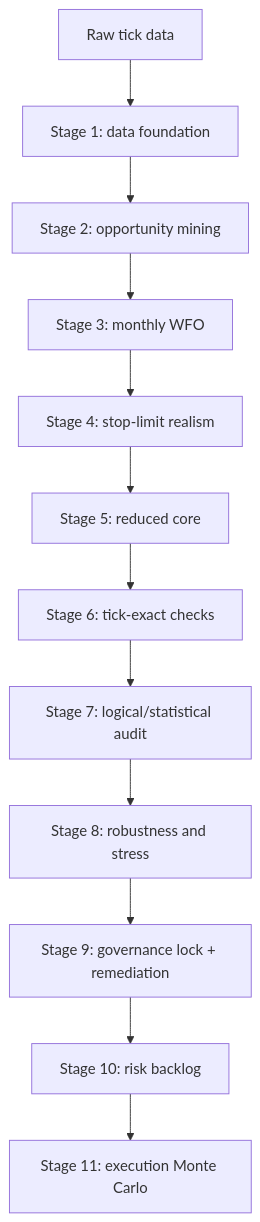
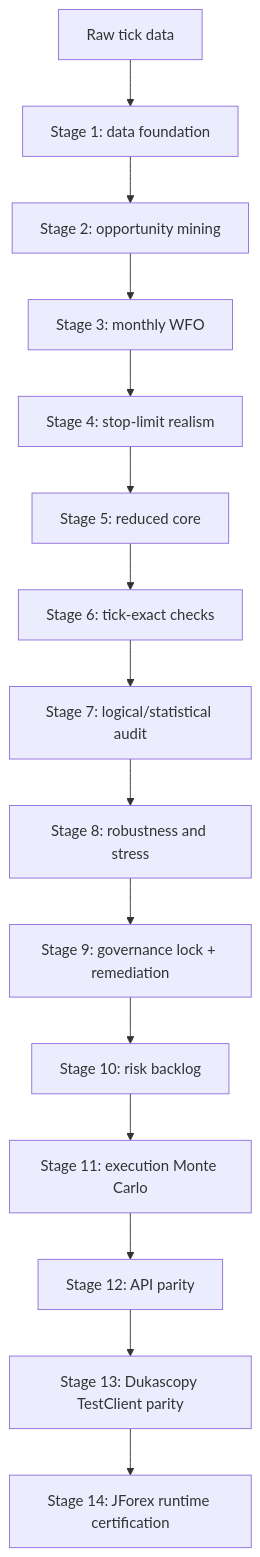
The diagram in docs/architecture.md (jbus84/behemoth), drawn with Mermaid before and after one commit. The commit also changed other lines of this file and 1 other file, not shown here.

````diff
--- a/docs/architecture.md
+++ b/docs/architecture.md
@@ -7,14 +7,17 @@
 ```mermaid
 flowchart TD
   A[Raw tick data] --> B[Stage 1: data foundation]
   B --> C[Stage 2: opportunity mining]
   C --> D[Stage 3: monthly WFO]
   D --> E[Stage 4: stop-limit realism]
   E --> F[Stage 5: reduced core]
   F --> G[Stage 6: tick-exact checks]
   G --> H[Stage 7: logical/statistical audit]
   H --> I[Stage 8: robustness and stress]
   I --> J[Stage 9: governance lock + remediation]
   J --> K[Stage 10: risk backlog]
   K --> L[Stage 11: execution Monte Carlo]
+  L --> M[Stage 12: API parity]
+  M --> N[Stage 13: Dukascopy TestClient parity]
+  N --> O[Stage 14: JForex runtime certification]
 ```
````
